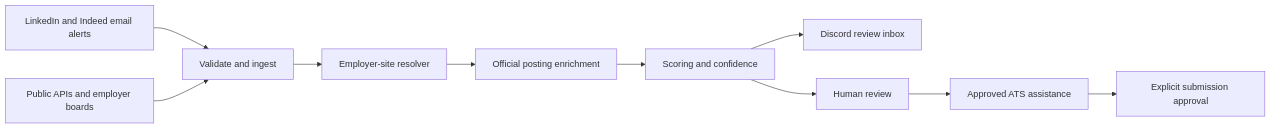
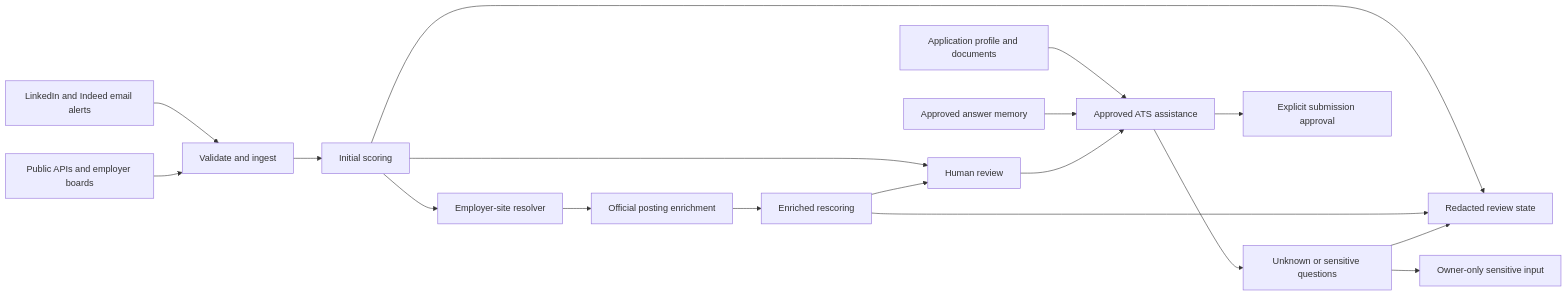
One commit to MatthewG6/JobFindrBot changed the diagram in docs/ARCHITECTURE.md. Above: the diagram before and after it, drawn with Mermaid. The commit also changed other lines of this file and 5 other files, not shown here.

````diff
--- a/docs/ARCHITECTURE.md
+++ b/docs/ARCHITECTURE.md
@@ -5,12 +5,20 @@
 ```mermaid
 flowchart LR
     Gmail["LinkedIn and Indeed email alerts"] --> Ingest["Validate and ingest"]
     APIs["Public APIs and employer boards"] --> Ingest
-    Ingest --> Resolve["Employer-site resolver"]
+    Ingest --> InitialScore["Initial scoring"]
+    InitialScore --> Resolve["Employer-site resolver"]
     Resolve --> Enrich["Official posting enrichment"]
-    Enrich --> Score["Scoring and confidence"]
-    Score --> Discord["Discord review inbox"]
-    Score --> Review["Human review"]
+    Enrich --> Rescore["Enriched rescoring"]
+    InitialScore --> Discord["Discord review inbox"]
+    Rescore --> Discord
+    InitialScore --> Review["Human review"]
+    Rescore --> Review
+    Profile["Application profile and documents"] --> Apply
+    Answers["Approved answer memory"] --> Apply
     Review --> Apply["Approved ATS assistance"]
+    Apply --> Questions["Unknown or sensitive questions"]
+    Questions --> Local["Owner-only sensitive input"]
+    Questions --> Discord["Redacted review state"]
     Apply --> Submit["Explicit submission approval"]
 ```
````
